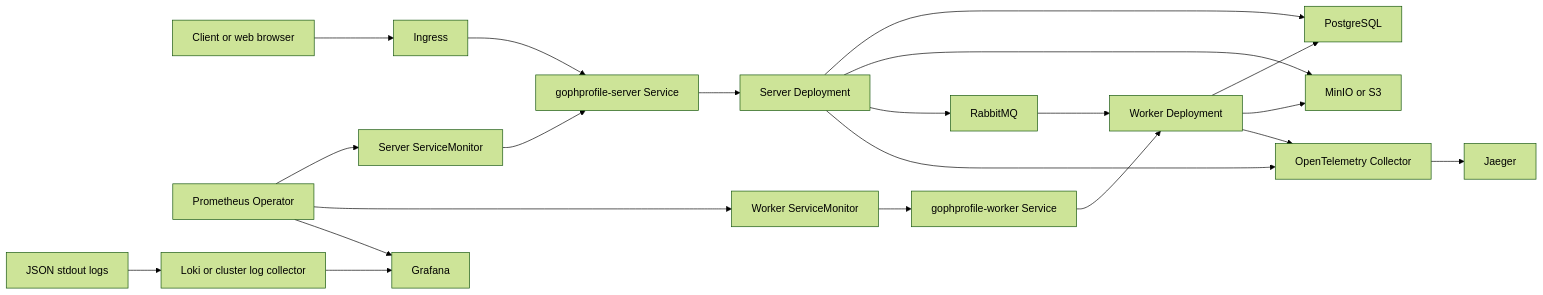
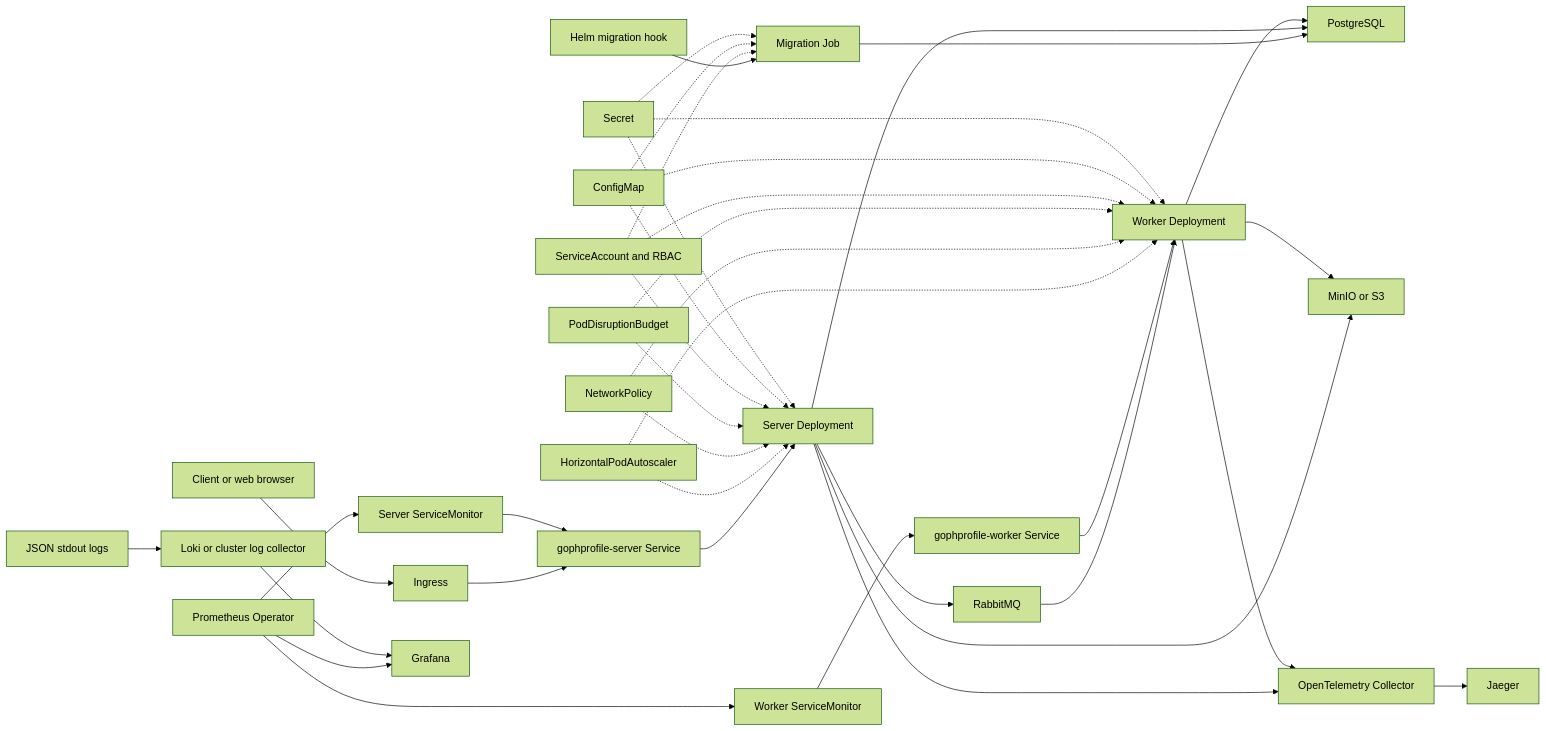
The first of 2 diagrams in docs/architecture.md (gorelov-m-v/gophprofile), drawn with Mermaid (forest theme) before and after one commit. The commit also changed 8 other files, not shown here.

Commit message:
Fix Kubernetes migration flow

````diff
--- a/docs/architecture.md
+++ b/docs/architecture.md
@@ -5,23 +5,40 @@
 ```mermaid
 flowchart LR
     client["Client or web browser"] --> ingress["Ingress"]
     ingress --> serverSvc["gophprofile-server Service"]
     serverSvc --> serverPods["Server Deployment"]
+    helmHook["Helm migration hook"] --> migrateJob["Migration Job"]
+    migrateJob --> postgres["PostgreSQL"]
     serverPods --> postgres["PostgreSQL"]
     serverPods --> minio["MinIO or S3"]
     serverPods --> rabbitmq["RabbitMQ"]
     rabbitmq --> workerPods["Worker Deployment"]
     workerPods --> postgres
     workerPods --> minio
     serverPods --> otel["OpenTelemetry Collector"]
     workerPods --> otel
     otel --> jaeger["Jaeger"]
     prometheus["Prometheus Operator"] --> smServer["Server ServiceMonitor"]
     prometheus --> smWorker["Worker ServiceMonitor"]
     smServer --> serverSvc
     smWorker --> workerSvc["gophprofile-worker Service"]
     workerSvc --> workerPods
     prometheus --> grafana["Grafana"]
     logs["JSON stdout logs"] --> loki["Loki or cluster log collector"]
     loki --> grafana
+    hpa["HorizontalPodAutoscaler"] -.-> serverPods
+    hpa -.-> workerPods
+    networkPolicy["NetworkPolicy"] -.-> serverPods
+    networkPolicy -.-> workerPods
+    pdb["PodDisruptionBudget"] -.-> serverPods
+    pdb -.-> workerPods
+    serviceAccount["ServiceAccount and RBAC"] -.-> serverPods
+    serviceAccount -.-> workerPods
+    serviceAccount -.-> migrateJob
+    configMap["ConfigMap"] -.-> serverPods
+    configMap -.-> workerPods
+    configMap -.-> migrateJob
+    secret["Secret"] -.-> serverPods
+    secret -.-> workerPods
+    secret -.-> migrateJob
 ```
````
